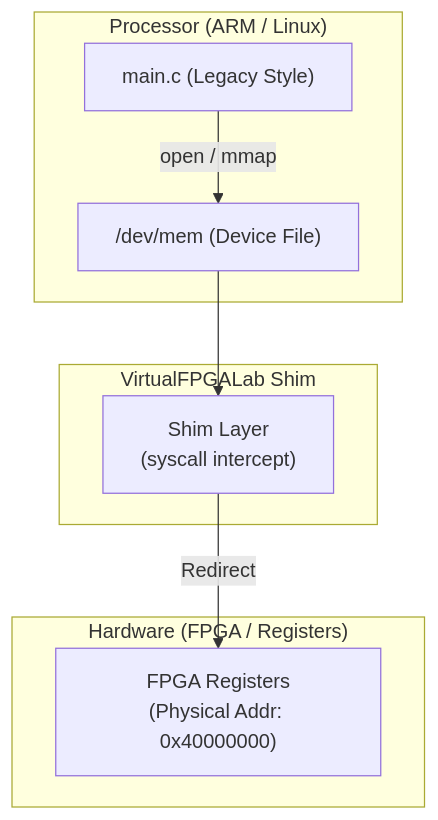
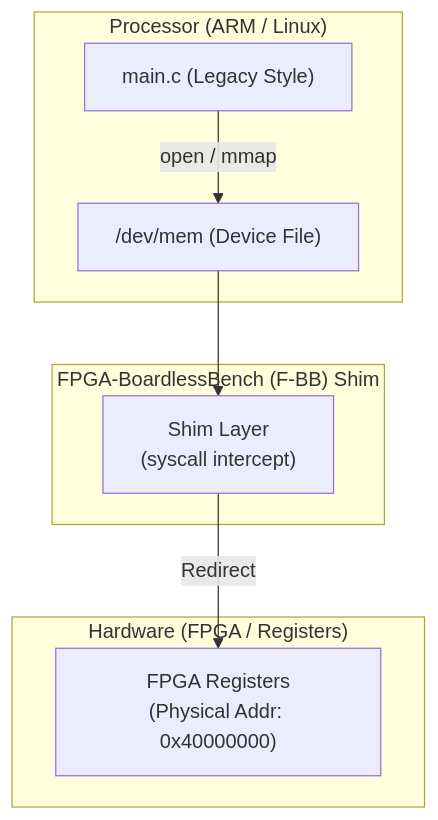
One commit to sirosiro/VirtualFPGALab changed the diagram in tests/scenarios/04_dev_mem_legacy/README.md. Above: the diagram before and after it, drawn with Mermaid. The commit also changed 38 other files, not shown here.

Commit message:
docs: rebrand project to FPGA-BoardlessBench (F-BB) and update tests

````diff
--- a/tests/scenarios/04_dev_mem_legacy/README.md
+++ b/tests/scenarios/04_dev_mem_legacy/README.md
@@ -9,19 +9,19 @@
 ```mermaid
 graph TD
     subgraph "Processor (ARM / Linux)"
         App["main.c (Legacy Style)"]
         DevMem["/dev/mem (Device File)"]
     end
     
-    subgraph "VirtualFPGALab Shim"
+    subgraph "FPGA-BoardlessBench (F-BB) Shim"
         Shim["Shim Layer<br/>(syscall intercept)"]
     end
 
     subgraph "Hardware (FPGA / Registers)"
         Regs["FPGA Registers<br/>(Physical Addr: 0x40000000)"]
     end
 
     App -->|open / mmap| DevMem
     DevMem --> Shim
     Shim -->|Redirect| Regs
 ```
````
